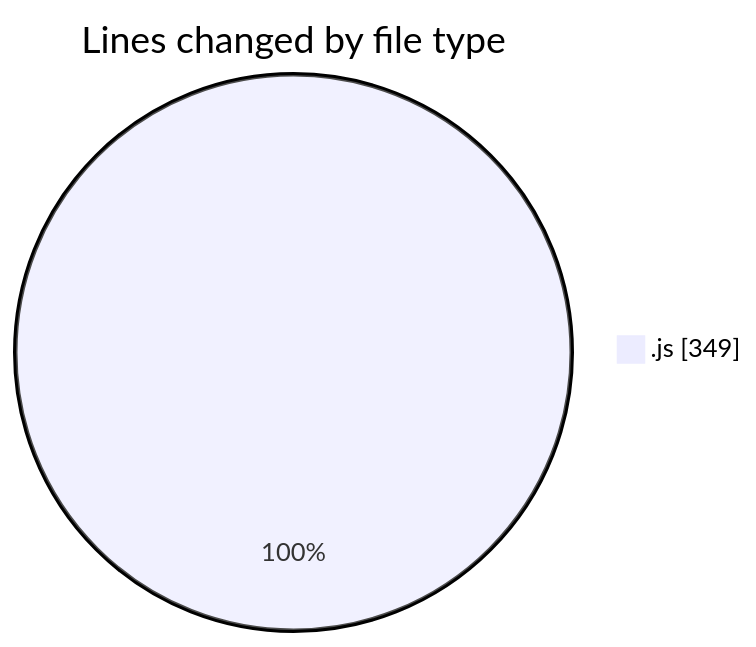
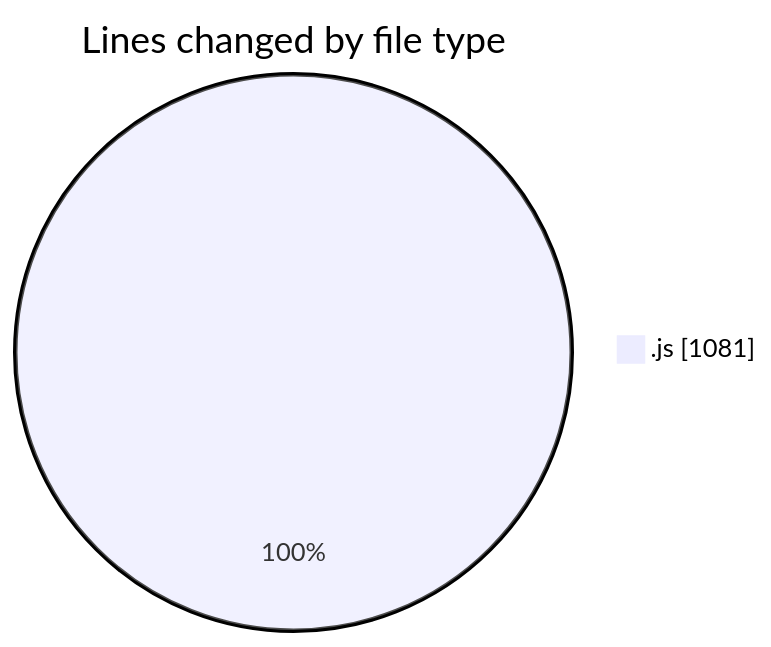
The first of 2 diagrams in 2025-11-03/nxtqube_webapp/README.md (nxtqubesakshisongat/code-tracking), drawn with Mermaid before and after one commit. The commit also changed other lines of this file and 1 other file, not shown here.

````diff
--- a/2025-11-03/nxtqube_webapp/README.md
+++ b/2025-11-03/nxtqube_webapp/README.md
@@ -21,5 +27,5 @@
 ```mermaid
 pie showData
 title Lines changed by file type
-".js" : 349
+".js" : 1081
 ```
````
